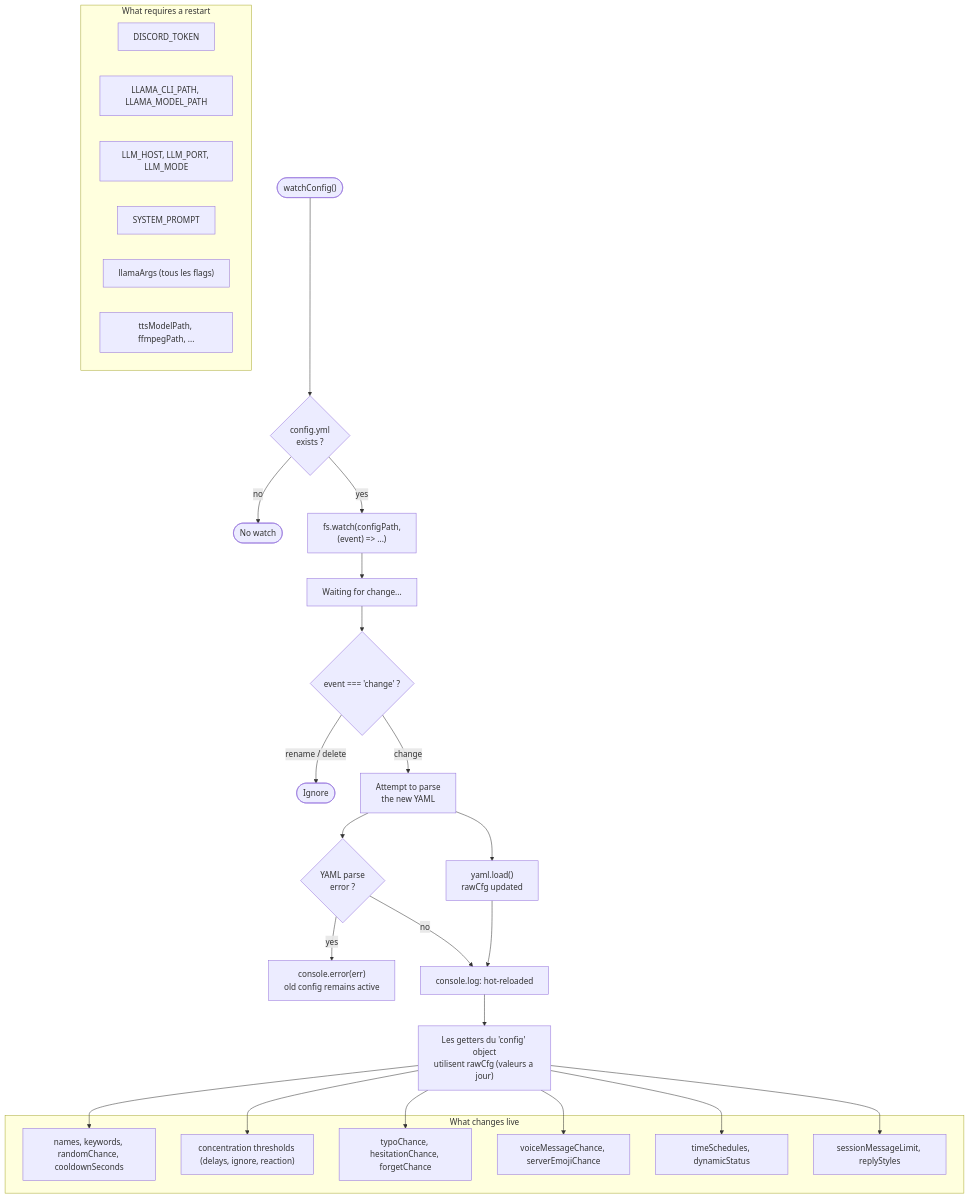
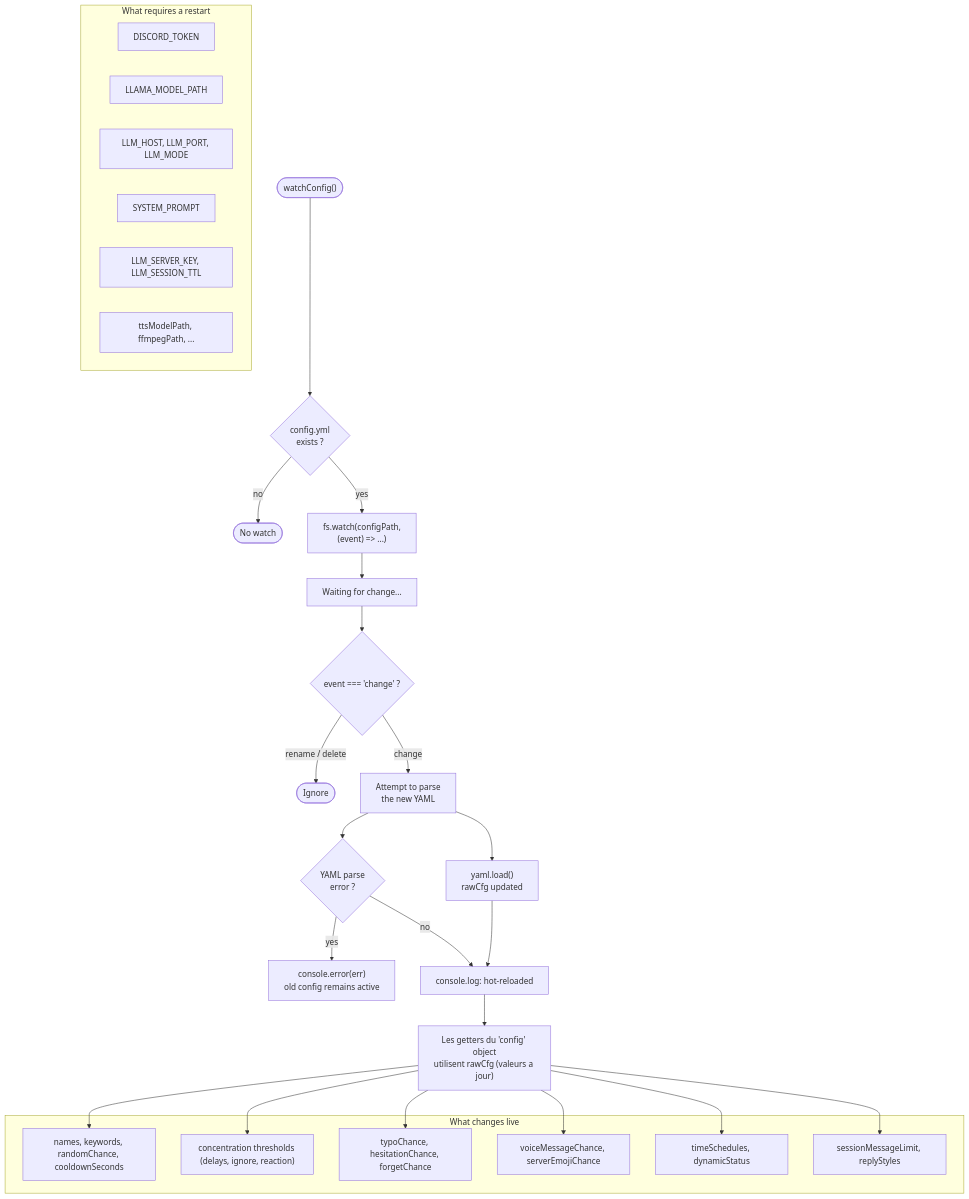
The diagram in state-machines/19-config-hot-reload.mmd (protocol-luna/krystal), drawn with Mermaid before and after one commit. The commit also changed 55 other files, not shown here.

Commit message:
Update diagrams and docs: remove dead CLI/server modes, add online mode, fix config example

```diff
--- a/state-machines/19-config-hot-reload.mmd
+++ b/state-machines/19-config-hot-reload.mmd
@@ -1,42 +1,42 @@
 flowchart TD
     START(["watchConfig()"]) -->     CHECK_EXISTS{"config.yml<br/>exists ?"}
     CHECK_EXISTS -->|"no"| EXIT(["No watch"])
     CHECK_EXISTS -->|"yes"| FS_WATCH["fs.watch(configPath,<br/>(event) => ...)"]
     
     FS_WATCH -->     WAIT_CHANGE["Waiting for change..."]
     WAIT_CHANGE --> EVENT_FIRED{"event === 'change' ?"}
     EVENT_FIRED -->|"rename / delete"| IGNORE(["Ignore"])
     EVENT_FIRED -->|"change"| TRY_PARSE["Attempt to parse<br/>the new YAML"]
     
     TRY_PARSE -->     PARSE_OK["yaml.load()<br/>rawCfg updated"]
     TRY_PARSE -->     PARSE_ERR{"YAML parse<br/>error ?"}
     PARSE_ERR -->|"yes"| LOG_ERROR["console.error(err)<br/>old config remains active"]
     PARSE_ERR -->|"no"| LOG_OK["console.log: hot-reloaded"]
     PARSE_OK --> LOG_OK
     
     LOG_OK --> UPDATE_LIVE["Les getters du 'config' object<br/>utilisent rawCfg (valeurs a jour)"]
     
     subgraph "What changes live"
         HOT1["names, keywords, randomChance, cooldownSeconds"]
         HOT2["concentration thresholds (delays, ignore, reaction)"]
         HOT3["typoChance, hesitationChance, forgetChance"]
         HOT4["voiceMessageChance, serverEmojiChance"]
         HOT5["timeSchedules, dynamicStatus"]
         HOT6["sessionMessageLimit, replyStyles"]
     end
     
     subgraph "What requires a restart"
         COLD1["DISCORD_TOKEN"]
-        COLD2["LLAMA_CLI_PATH, LLAMA_MODEL_PATH"]
+        COLD2["LLAMA_MODEL_PATH"]
         COLD3["LLM_HOST, LLM_PORT, LLM_MODE"]
         COLD4["SYSTEM_PROMPT"]
-        COLD5["llamaArgs (tous les flags)"]
+        COLD5["LLM_SERVER_KEY, LLM_SESSION_TTL"]
         COLD6["ttsModelPath, ffmpegPath, ..."]
     end
     
     UPDATE_LIVE --> HOT1
     UPDATE_LIVE --> HOT2
     UPDATE_LIVE --> HOT3
     UPDATE_LIVE --> HOT4
     UPDATE_LIVE --> HOT5
     UPDATE_LIVE --> HOT6
```
